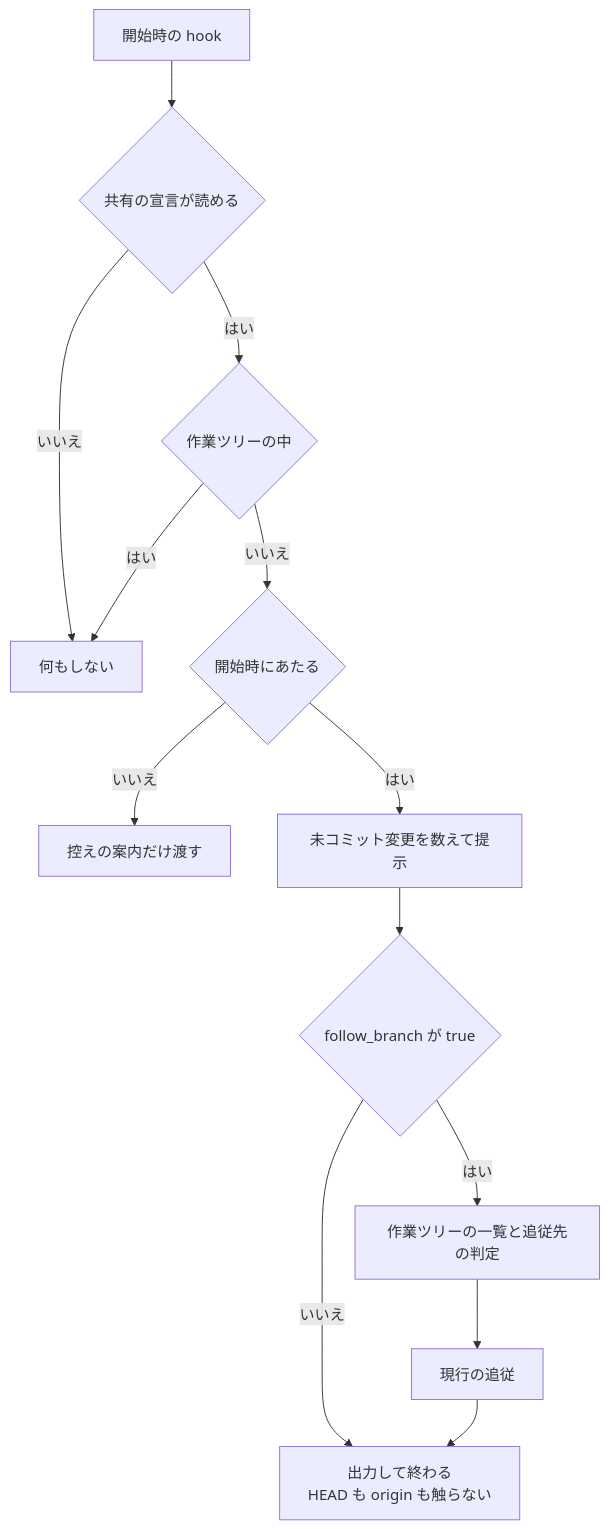
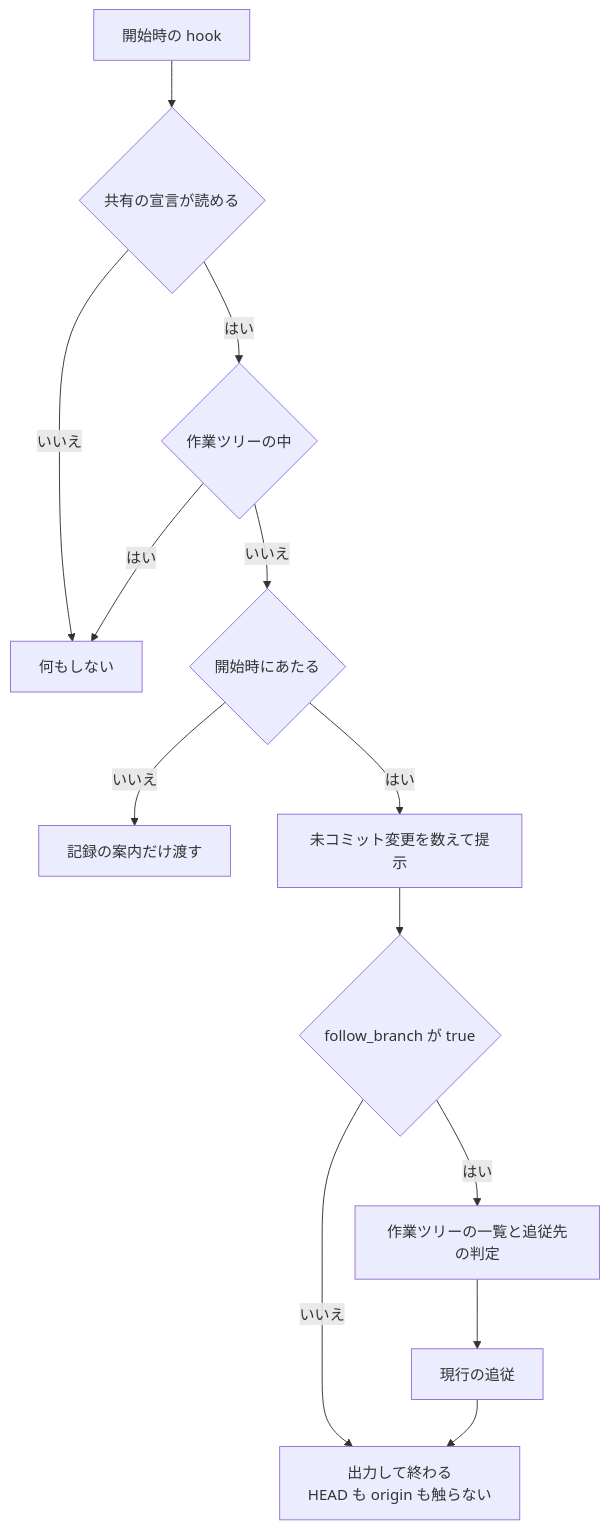
Before and after one commit to devbasex/ai-plugins: the second of 2 diagrams in docs/specifications/ndf-worktree-declaration-and-entry-points.md, drawn with Mermaid. The commit also changed other lines of this file and 131 other files, not shown here.

````diff
--- a/docs/specifications/ndf-worktree-declaration-and-entry-points.md
+++ b/docs/specifications/ndf-worktree-declaration-and-entry-points.md
@@ -239,15 +239,15 @@
 ```mermaid
 graph TD
     A[開始時の hook] --> B{共有の宣言が読める}
     B -->|いいえ| Z[何もしない]
     B -->|はい| C{作業ツリーの中}
     C -->|はい| Z
     C -->|いいえ| D{開始時にあたる}
-    D -->|いいえ| P[控えの案内だけ渡す]
+    D -->|いいえ| P[記録の案内だけ渡す]
     D -->|はい| E[未コミット変更を数えて提示]
     E --> F{follow_branch が true}
     F -->|いいえ| O[出力して終わる<br/>HEAD も origin も触らない]
     F -->|はい| G[作業ツリーの一覧と追従先の判定]
     G --> H[現行の追従]
     H --> O
 ```
````
